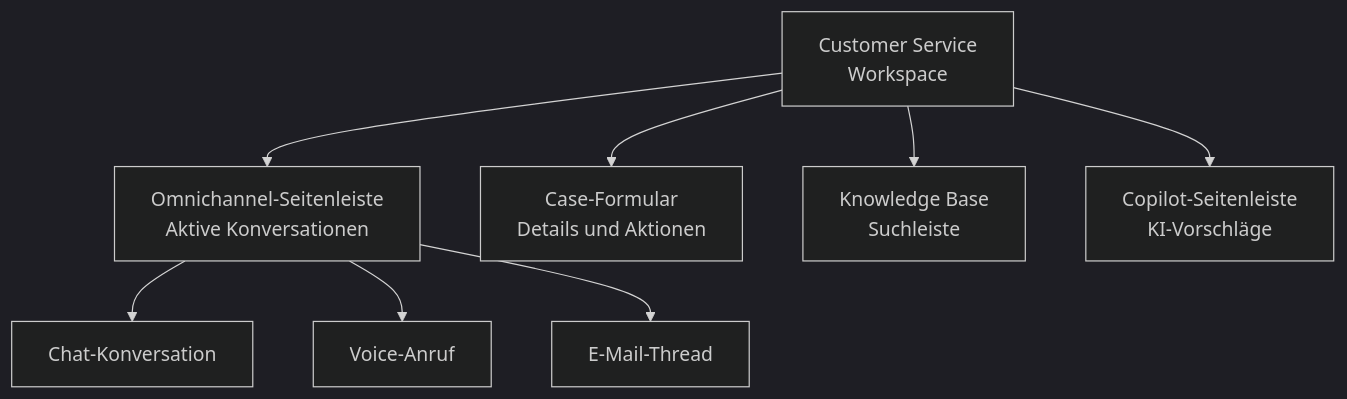
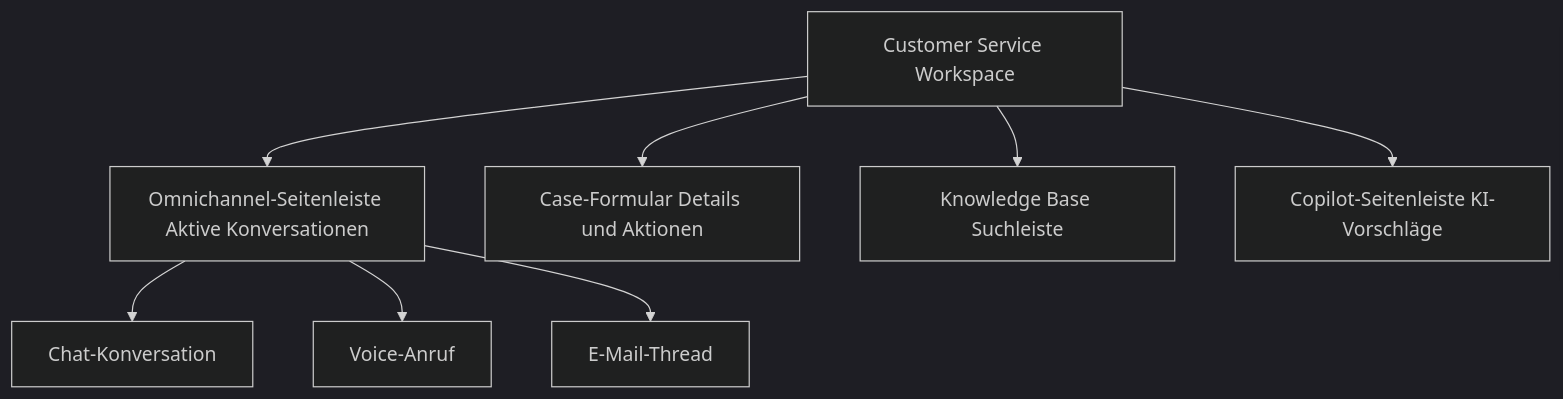
The third of 4 diagrams in Microsoft 365/Dynamics 365/Dynamics 365 Customer Service.md (SoniiiT/notes-n-docs), drawn with Mermaid (dark theme) before and after one commit. The commit also changed other lines of this file and 124 other files, not shown here.

First line of the commit message:
fix: Entferne \n aus allen Mermaid-Diagrammen (125 Dateien)

````diff
--- a/Microsoft 365/Dynamics 365/Dynamics 365 Customer Service.md
+++ b/Microsoft 365/Dynamics 365/Dynamics 365 Customer Service.md
@@ -151,10 +151,10 @@
 ```mermaid
 graph TD
-    CSW[Customer Service\nWorkspace] --> OMNI[Omnichannel-Seitenleiste\nAktive Konversationen]
-    CSW --> CASE[Case-Formular\nDetails und Aktionen]
-    CSW --> KB[Knowledge Base\nSuchleiste]
-    CSW --> COP[Copilot-Seitenleiste\nKI-Vorschläge]
+    CSW[Customer Service Workspace] --> OMNI[Omnichannel-Seitenleiste Aktive Konversationen]
+    CSW --> CASE[Case-Formular Details und Aktionen]
+    CSW --> KB[Knowledge Base Suchleiste]
+    CSW --> COP[Copilot-Seitenleiste KI-Vorschläge]
     OMNI --> CHAT[Chat-Konversation]
     OMNI --> VOICE[Voice-Anruf]
     OMNI --> EMAIL[E-Mail-Thread]
 ```
````
